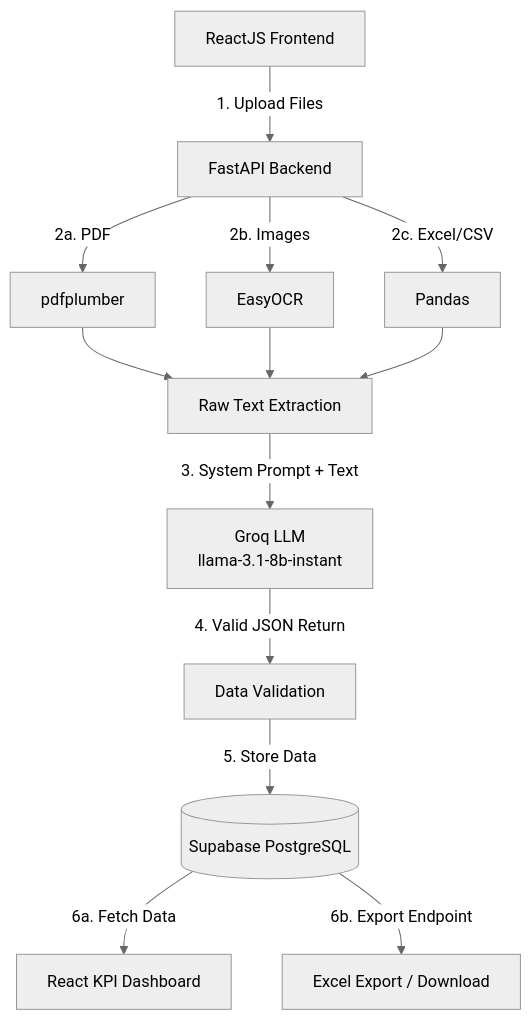
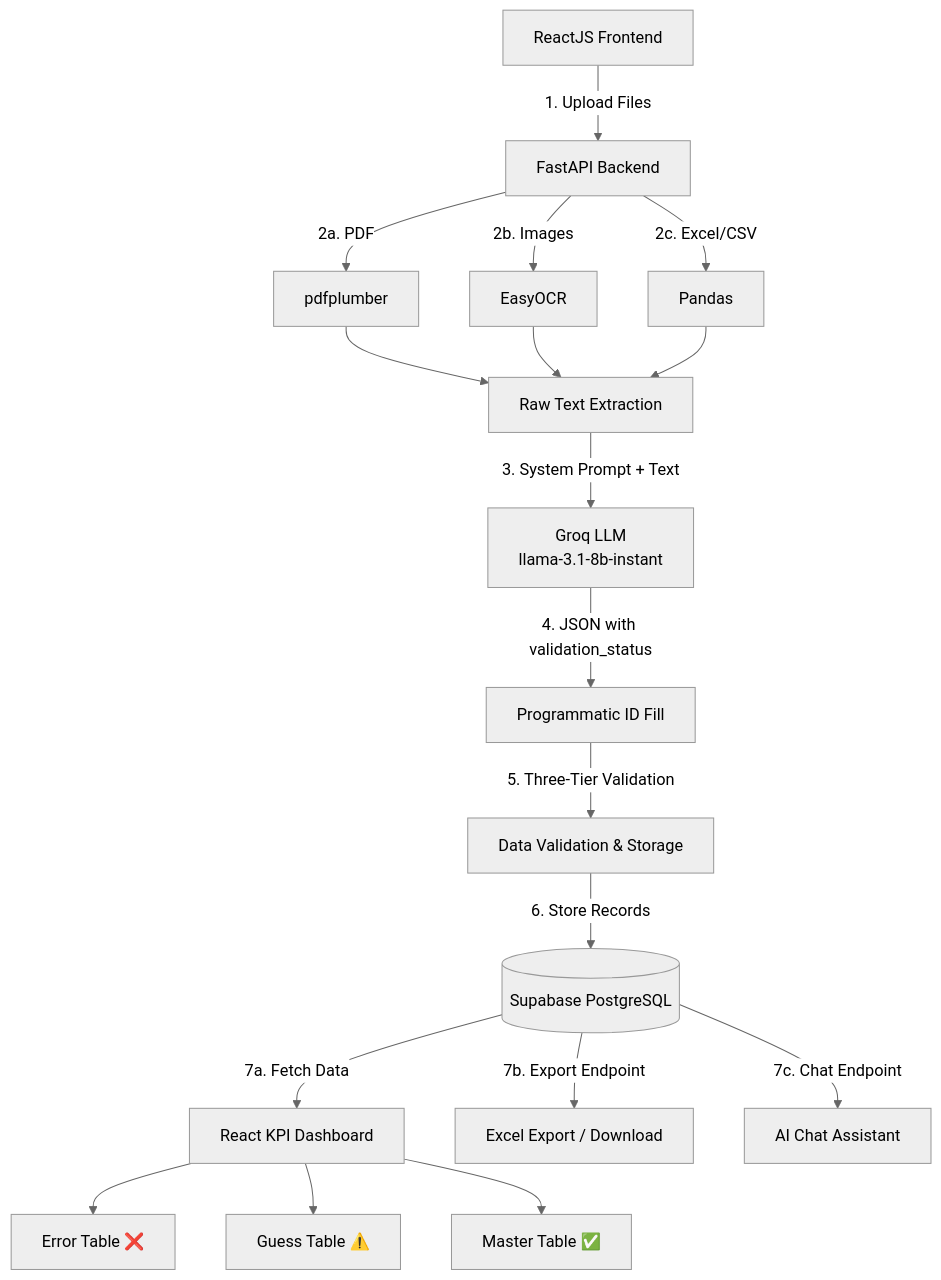
One commit to nknair1/ai-document-consolidation-system changed the diagram in README.md. Above: the diagram before and after it, drawn with Mermaid (neutral theme). The commit also changed other lines of this file, not shown here.

````diff
--- a/README.md
+++ b/README.md
@@ -14,15 +17,20 @@
 ```mermaid
 graph TD
     A[ReactJS Frontend] -->|1. Upload Files| B[FastAPI Backend]
     B -->|2a. PDF| C[pdfplumber]
     B -->|2b. Images| D[EasyOCR]
     B -->|2c. Excel/CSV| E[Pandas]
     C --> F[Raw Text Extraction]
     D --> F
     E --> F
     F -->|3. System Prompt + Text| G[Groq LLM \nllama-3.1-8b-instant]
-    G -->|4. Valid JSON Return| H[Data Validation]
-    H -->|5. Store Data| I[(Supabase PostgreSQL)]
-    I -->|6a. Fetch Data| J[React KPI Dashboard]
-    I -->|6b. Export Endpoint| K[Excel Export / Download]
+    G -->|4. JSON with validation_status| H[Programmatic ID Fill]
+    H -->|5. Three-Tier Validation| I[Data Validation & Storage]
+    I -->|6. Store Records| J[(Supabase PostgreSQL)]
+    J -->|7a. Fetch Data| K[React KPI Dashboard]
+    J -->|7b. Export Endpoint| L[Excel Export / Download]
+    J -->|7c. Chat Endpoint| M[AI Chat Assistant]
+    K --> N[Error Table ❌]
+    K --> O[Guess Table ⚠️]
+    K --> P[Master Table ✅]
 ```
````
